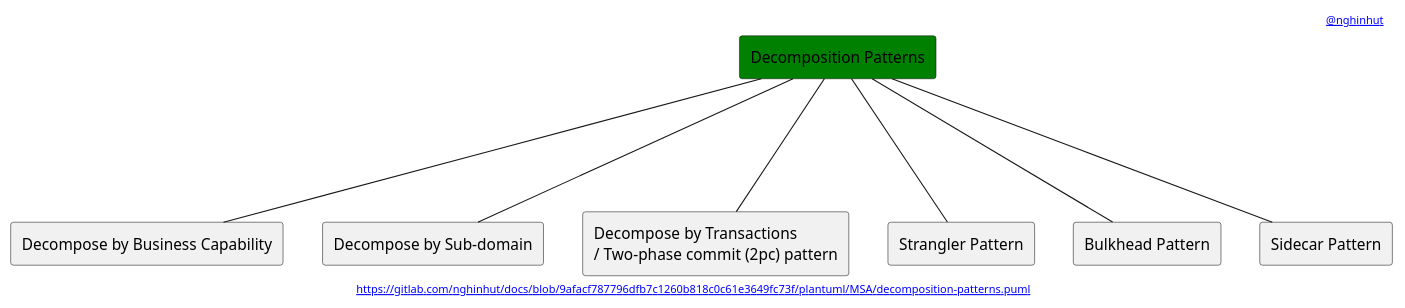
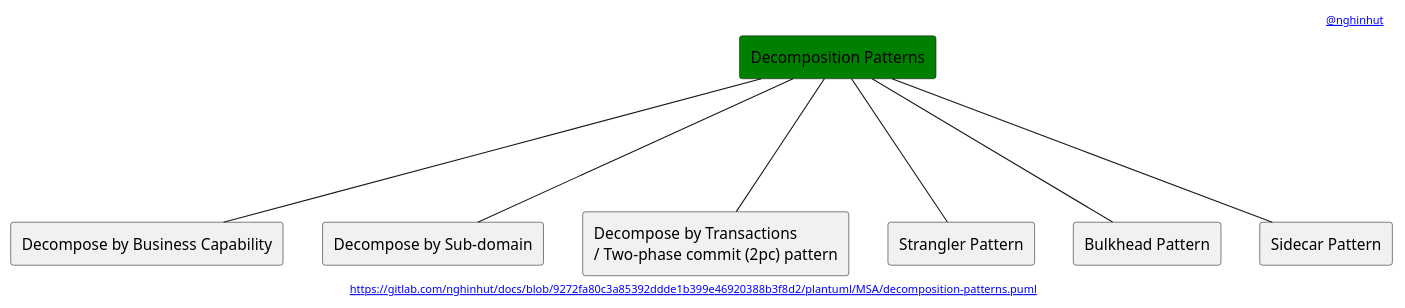
One commit to nghinhut/docs changed the diagram in plantuml/MSA/decomposition-patterns.puml. Above: the diagram before and after it, drawn with PlantUML. The commit also changed 25 other files, not shown here.

```diff
--- a/plantuml/MSA/decomposition-patterns.puml
+++ b/plantuml/MSA/decomposition-patterns.puml
@@ -1,22 +1,22 @@
 @startuml
 '-----START auto generated metadata please keep comment here to allow auto update-----
 '-----DON'T EDIT THIS SECTION, INSTEAD RE-RUN prebuild.sh TO UPDATE-----
-header [[https://www.nghinhut.dev?from=http%5C%3A%5C%2F%5C%2Fwww%5C.plantuml%5C.com%5C%2Fplantuml%5C%2Fproxy%3Ffmt%3Dsvg%5C%26src%3Dhttps%5C%3A%5C%2F%5C%2Fgitlab%5C.com%5C%2Fnghinhut%5C%2Fdocs%5C%2Fraw%5C%2F9afacf787796dfb7c1260b818c0c61e3649fc73f%5C%2Fplantuml%5C%2FMSA%5C%2Fdecomposition-patterns%5C.puml%0A @nghinhut]]
-footer [[http://www.plantuml.com/plantuml/proxy?fmt=svg&src=https://gitlab.com/nghinhut/docs/raw/9afacf787796dfb7c1260b818c0c61e3649fc73f/plantuml/MSA/decomposition-patterns.puml https://gitlab.com/nghinhut/docs/blob/9afacf787796dfb7c1260b818c0c61e3649fc73f/plantuml/MSA/decomposition-patterns.puml]]
+header [[https://www.nghinhut.dev?from=http%5C%3A%5C%2F%5C%2Fwww%5C.plantuml%5C.com%5C%2Fplantuml%5C%2Fproxy%3Ffmt%3Dsvg%5C%26src%3Dhttps%5C%3A%5C%2F%5C%2Fgitlab%5C.com%5C%2Fnghinhut%5C%2Fdocs%5C%2Fraw%5C%2F9272fa80c3a85392ddde1b399e46920388b3f8d2%5C%2Fplantuml%5C%2FMSA%5C%2Fdecomposition-patterns%5C.puml%0A @nghinhut]]
+footer [[http://www.plantuml.com/plantuml/proxy?fmt=svg&src=https://gitlab.com/nghinhut/docs/raw/9272fa80c3a85392ddde1b399e46920388b3f8d2/plantuml/MSA/decomposition-patterns.puml https://gitlab.com/nghinhut/docs/blob/9272fa80c3a85392ddde1b399e46920388b3f8d2/plantuml/MSA/decomposition-patterns.puml]]
 '-----END auto generated metadata please keep comment here to allow auto update-----
 
 rectangle "Decomposition Patterns" as Decomposition #green
 
 rectangle "Decompose by Business Capability" as DecompositionP1
 rectangle "Decompose by Sub-domain" as DecompositionP2
 rectangle "Decompose by Transactions\n/ Two-phase commit (2pc) pattern" as DecompositionP3
 rectangle "Strangler Pattern" as DecompositionP4
 rectangle "Bulkhead Pattern" as DecompositionP5
 rectangle "Sidecar Pattern" as DecompositionP6
 Decomposition --- DecompositionP1
 Decomposition --- DecompositionP2
 Decomposition --- DecompositionP3
 Decomposition --- DecompositionP4
 Decomposition --- DecompositionP5
 Decomposition --- DecompositionP6
 @enduml
```
